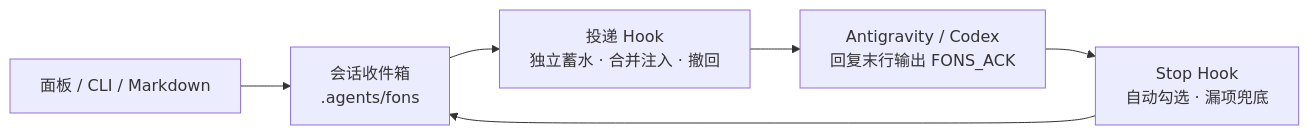
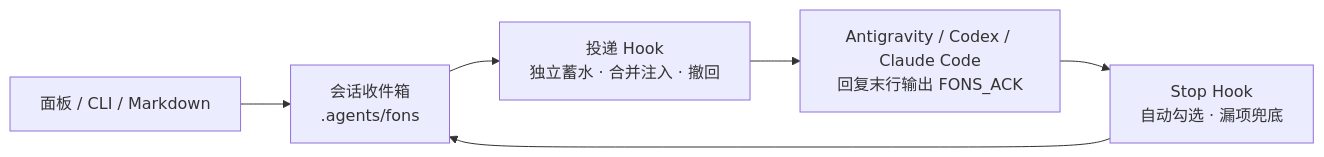
The diagram in README.md (M1gr4ine/Fons), drawn with Mermaid before and after one commit. The commit also changed other lines of this file and 1 other file, not shown here.

Commit message:
docs: 更新 README 与 ROADMAP，补充 Claude Code 原生侧栏与全局设置说明

````diff
--- a/README.md
+++ b/README.md
@@ -55,12 +56,12 @@
 ```mermaid
 flowchart LR
   Input["面板 / CLI / Markdown"] --> Inbox["会话收件箱
 .agents/fons"]
   Inbox --> Pre["投递 Hook
 独立蓄水 · 合并注入 · 撤回"]
-  Pre --> Model["Antigravity / Codex
+  Pre --> Model["Antigravity / Codex / Claude Code
 回复末行输出 FONS_ACK"]
   Model --> Stop["Stop Hook
 自动勾选 · 漏项兜底"]
   Stop --> Inbox
 ```
````
